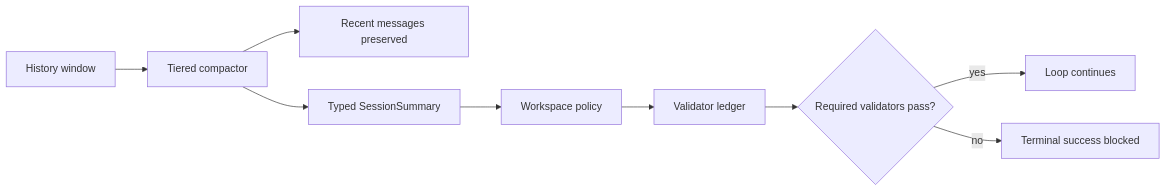
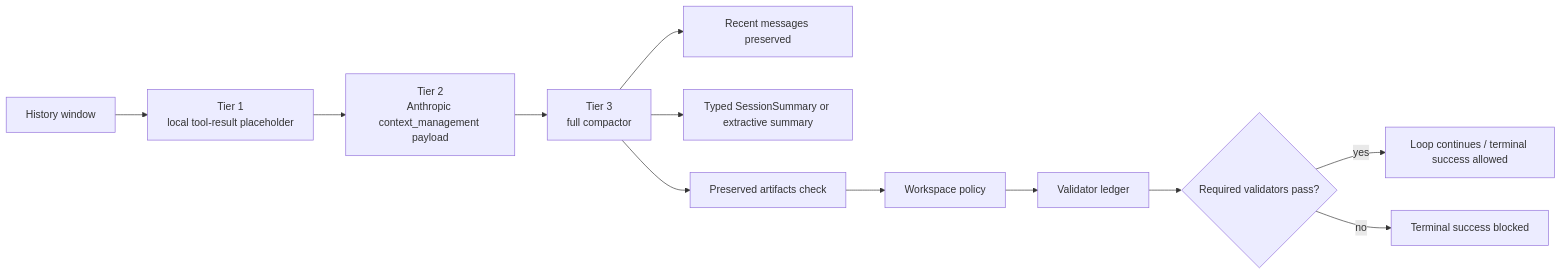
The second of 2 diagrams in book-en/src/part2/ch08.md (ZhangHanDong/octos-book), drawn with Mermaid before and after one commit. The commit also changed other lines of this file and 3 other files, not shown here.

Commit message:
Update context management chapter for tiered compaction

````diff
--- a/book-en/src/part2/ch08.md
+++ b/book-en/src/part2/ch08.md
@@ -263,11 +279,14 @@
 ```mermaid
 flowchart LR
-    H[History window] --> T[Tiered compactor]
-    T --> R[Recent messages preserved]
-    T --> S[Typed SessionSummary]
-    S --> P[Workspace policy]
+    H[History window] --> T1[Tier 1<br/>local tool-result placeholder]
+    T1 --> T2[Tier 2<br/>Anthropic context_management payload]
+    T2 --> T3[Tier 3<br/>full compactor]
+    T3 --> R[Recent messages preserved]
+    T3 --> S[Typed SessionSummary or extractive summary]
+    T3 --> A[Preserved artifacts check]
+    A --> P[Workspace policy]
     P --> V[Validator ledger]
     V --> G{Required validators pass?}
-    G -->|yes| L[Loop continues]
+    G -->|yes| L[Loop continues / terminal success allowed]
     G -->|no| F[Terminal success blocked]
 ```
````
